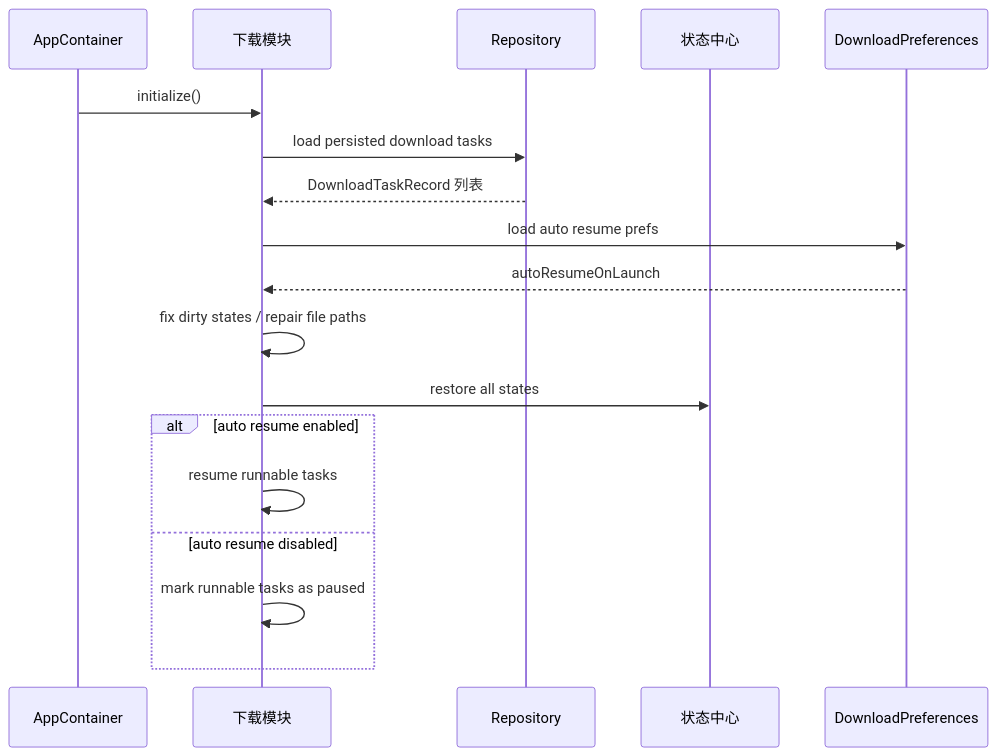
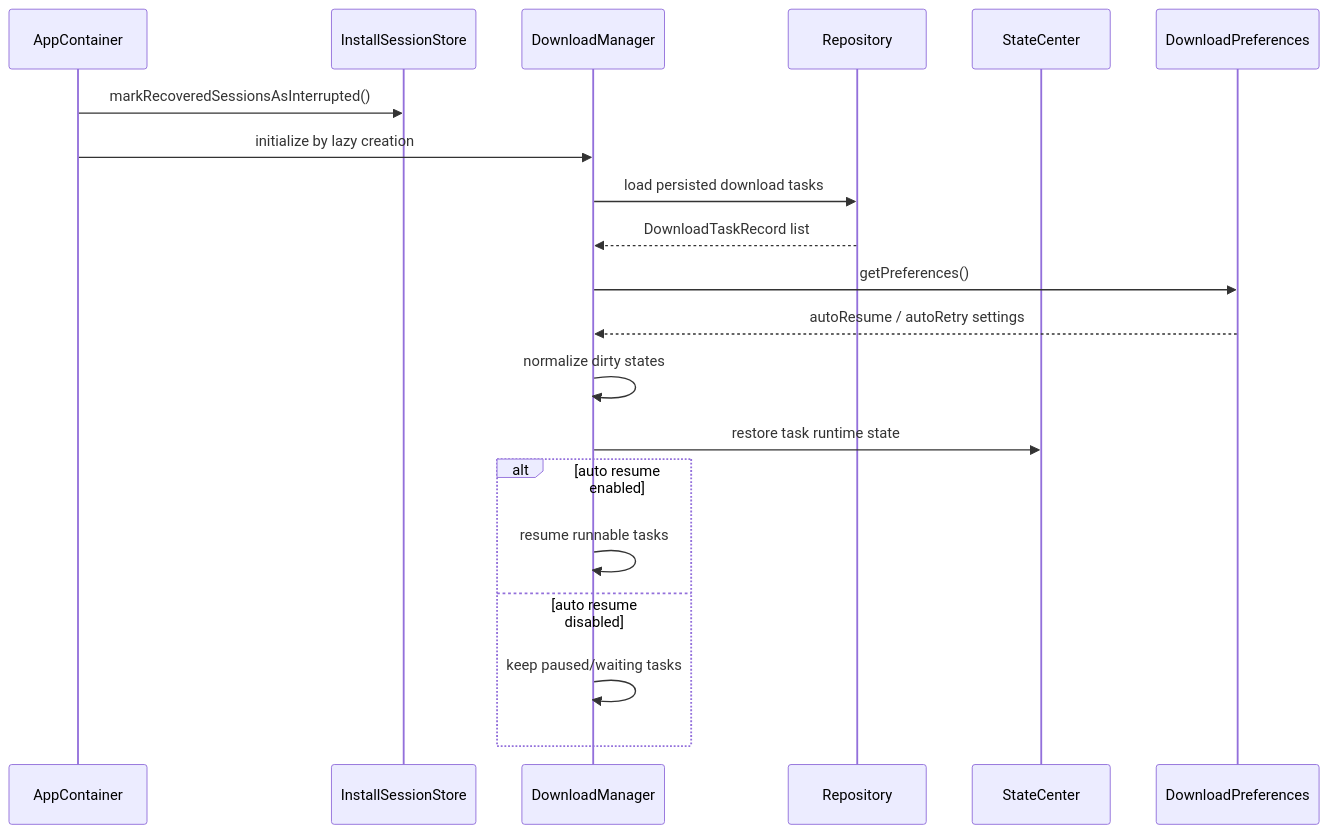
One commit to XZQ/CarAppStore changed the fifth of 6 diagrams in docs/05-核心时序图.md. Above: the diagram before and after it, drawn with Mermaid. The commit also changed other lines of this file and 35 other files, not shown here.

Commit message:
docs: reorganize architecture docs and handoff guide

````diff
--- a/docs/05-核心时序图.md
+++ b/docs/05-核心时序图.md
@@ -97,21 +121,23 @@
 ```mermaid
 sequenceDiagram
 participant App as AppContainer
-participant DM as 下载模块
+participant InstallStore as InstallSessionStore
+participant DM as DownloadManager
 participant Repo as Repository
-participant State as 状态中心
+participant State as StateCenter
 participant Pref as DownloadPreferences
 
-App->>DM: initialize()
+App->>InstallStore: markRecoveredSessionsAsInterrupted()
+App->>DM: initialize by lazy creation
 DM->>Repo: load persisted download tasks
-Repo-->>DM: DownloadTaskRecord 列表
-DM->>Pref: load auto resume prefs
-Pref-->>DM: autoResumeOnLaunch
-DM->>DM: fix dirty states / repair file paths
-DM->>State: restore all states
+Repo-->>DM: DownloadTaskRecord list
+DM->>Pref: getPreferences()
+Pref-->>DM: autoResume / autoRetry settings
+DM->>DM: normalize dirty states
+DM->>State: restore task runtime state
 alt auto resume enabled
   DM->>DM: resume runnable tasks
 else auto resume disabled
-  DM->>DM: mark runnable tasks as paused
+  DM->>DM: keep paused/waiting tasks
 end
 ```
````
